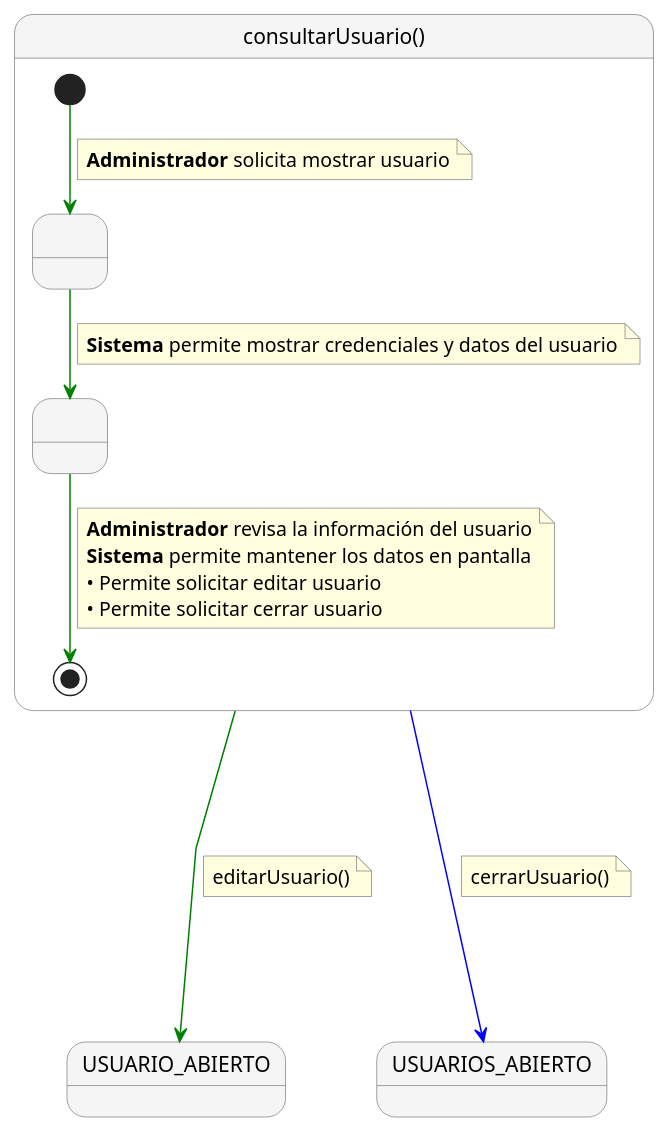
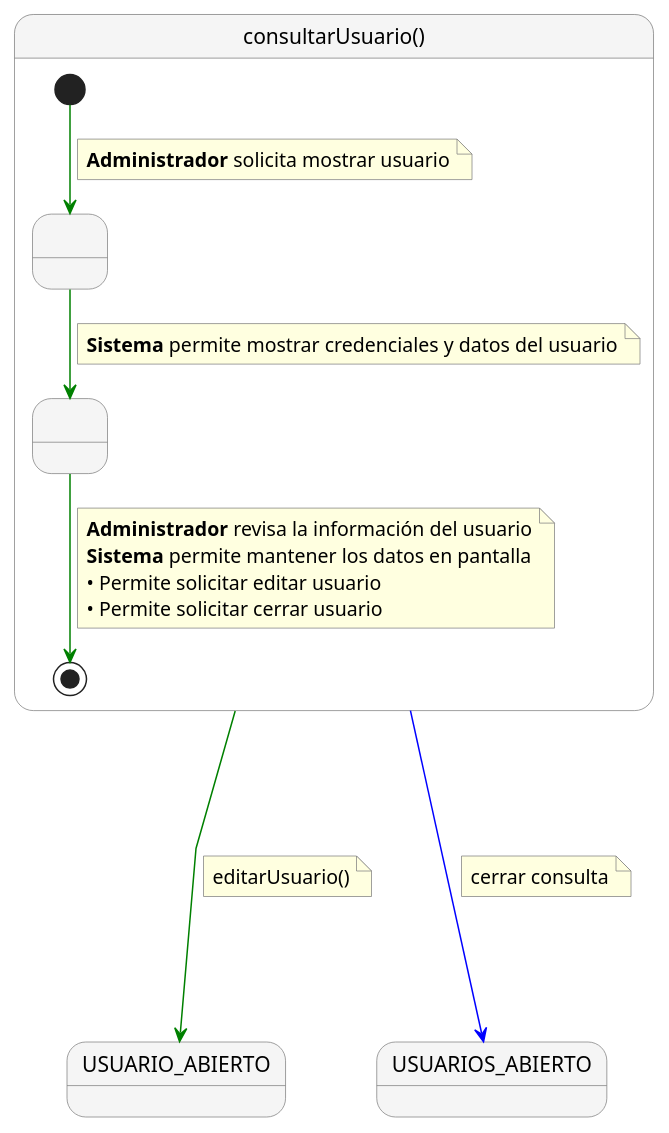
Before and after one commit to enmabry/25-26-IdSw1-SdR: the diagram in documents/CasosDeUso/DetalladoCasosDeUso/Administrador/consultarUsuario.puml, drawn with PlantUML. The commit also changed 5 other files, not shown here.

```diff
--- a/documents/CasosDeUso/DetalladoCasosDeUso/Administrador/consultarUsuario.puml
+++ b/documents/CasosDeUso/DetalladoCasosDeUso/Administrador/consultarUsuario.puml
@@ -1,48 +1,48 @@
 @startuml
 skinparam nodesep 60
 skinparam ranksep 60
 skinparam linetype polyline
 skinparam NoteBackgroundColor lightyellow
 skinparam NoteBorderColor gray
 skinparam StateBackgroundColor #F5F5F5
 skinparam StateBorderColor gray
 
 state "consultarUsuario()" as consultarUsuario {
    
     ' Estados anónimos vacíos para simular los pasos
     state " " as Paso1
     state " " as Paso2
    
     [*] -[#green]-> Paso1
     note on link
       <b>Administrador</b> solicita mostrar usuario
     end note
    
     Paso1 -[#green]-> Paso2
     note on link
       <b>Sistema</b> permite mostrar credenciales y datos del usuario
     end note
    
     Paso2 -[#green]-> [*]
     note on link
       <b>Administrador</b> revisa la información del usuario
       <b>Sistema</b> permite mantener los datos en pantalla
       • Permite solicitar editar usuario
       • Permite solicitar cerrar usuario
     end note
 }
 
 
 state "USUARIO_ABIERTO" as USUARIO_ABIERTO
 state "USUARIOS_ABIERTO" as USUARIOS_ABIERTO
 
 consultarUsuario -[#green]---> USUARIO_ABIERTO
 note right on link
   editarUsuario()
 end note
 
 consultarUsuario -[#blue]---> USUARIOS_ABIERTO
 note right on link
-  cerrarUsuario()
+  cerrar consulta
 end note
 @enduml
```
